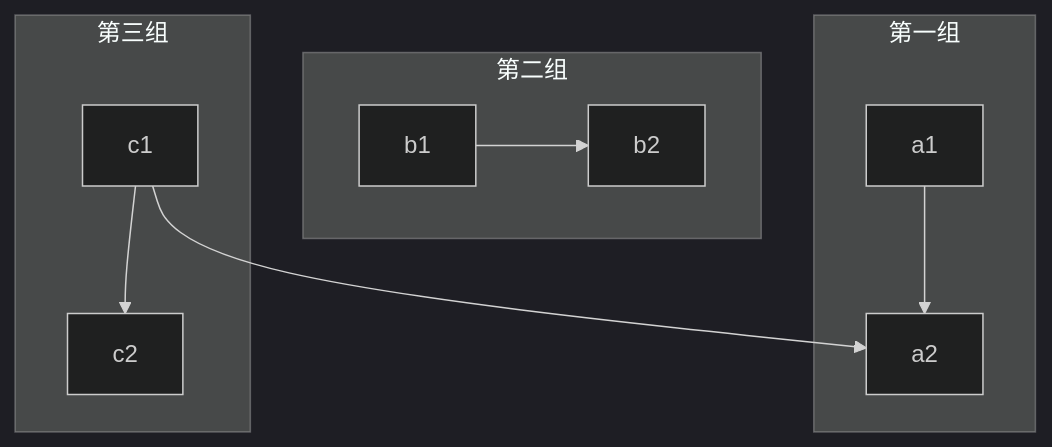
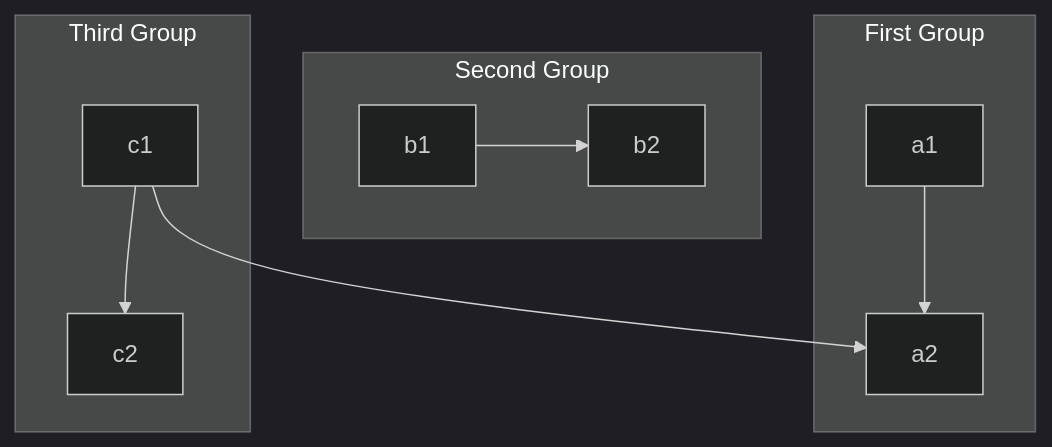
One commit to dcloudio/hbuilderx-extension-docs changed the third of 7 diagrams in en/Tutorial/Language/markdown.md. Above: the diagram before and after it, drawn with Mermaid (dark theme). The commit also changed other lines of this file and 50 other files, not shown here.

````diff
--- a/en/Tutorial/Language/markdown.md
+++ b/en/Tutorial/Language/markdown.md
@@ -150,13 +150,13 @@
 ```mermaid
 graph TB
     c1-->a2
-    subgraph 第一组
+    subgraph First Group
     a1-->a2
     end
-    subgraph 第二组
+    subgraph Second Group
     b1-->b2
     end
-    subgraph 第三组
+    subgraph Third Group
     c1-->c2
     end
 ```
````
